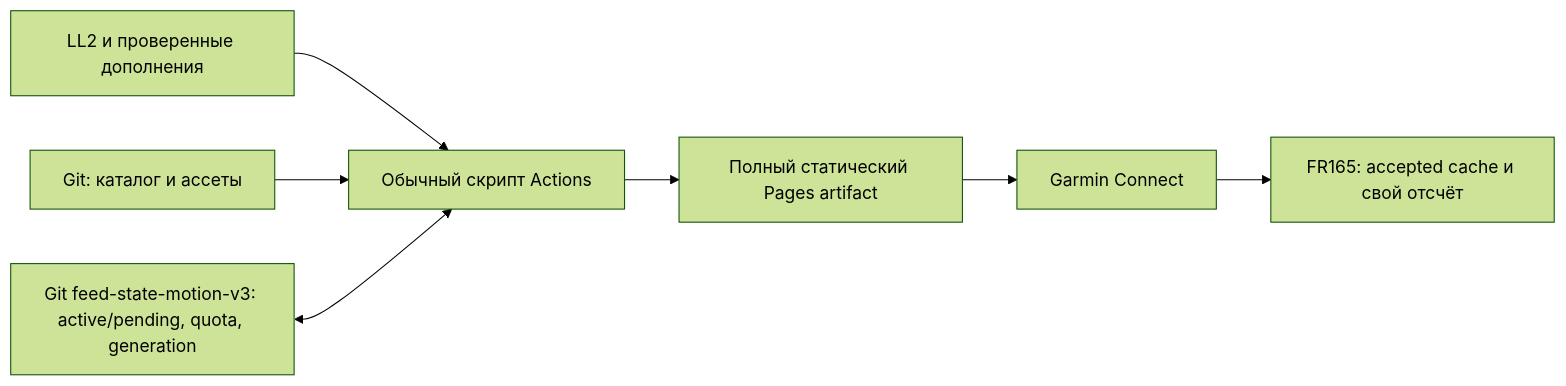
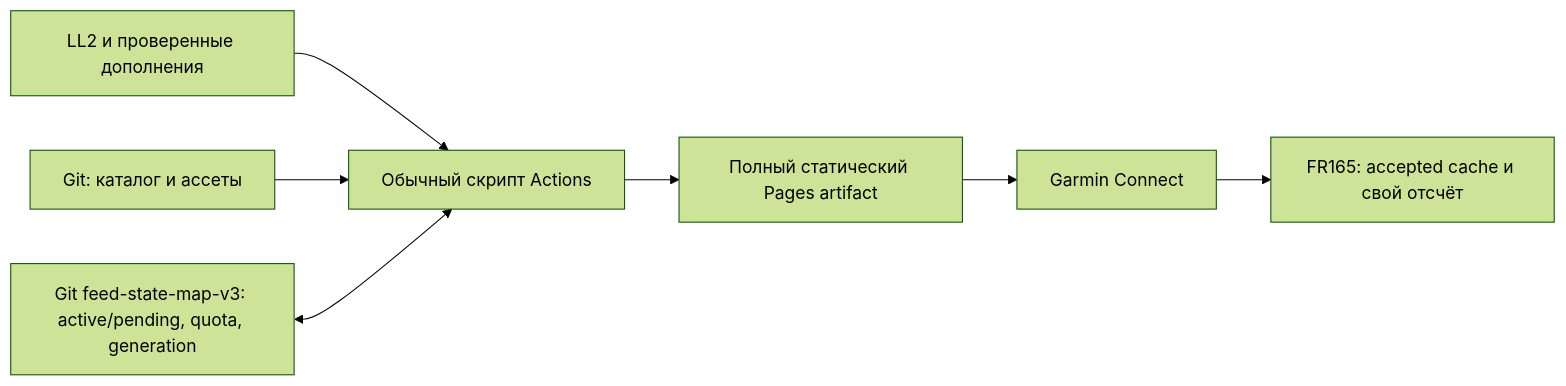
The diagram in docs/RELEASE_AND_UPDATES.md (JekaMas/SpaceFox), drawn with Mermaid (forest theme) before and after one commit. The commit also changed other lines of this file and 3 other files, not shown here.

````diff
--- a/docs/RELEASE_AND_UPDATES.md
+++ b/docs/RELEASE_AND_UPDATES.md
@@ -87,9 +88,9 @@
 ```mermaid
 flowchart LR
   LL[LL2 и проверенные дополнения] --> A[Обычный скрипт Actions]
   G[Git: каталог и ассеты] --> A
-  S[Git feed-state-motion-v3: active/pending, quota, generation] <--> A
+  S[Git feed-state-map-v3: active/pending, quota, generation] <--> A
   A --> P[Полный статический Pages artifact]
   P --> C[Garmin Connect]
   C --> W[FR165: accepted cache и свой отсчёт]
 ```
````
